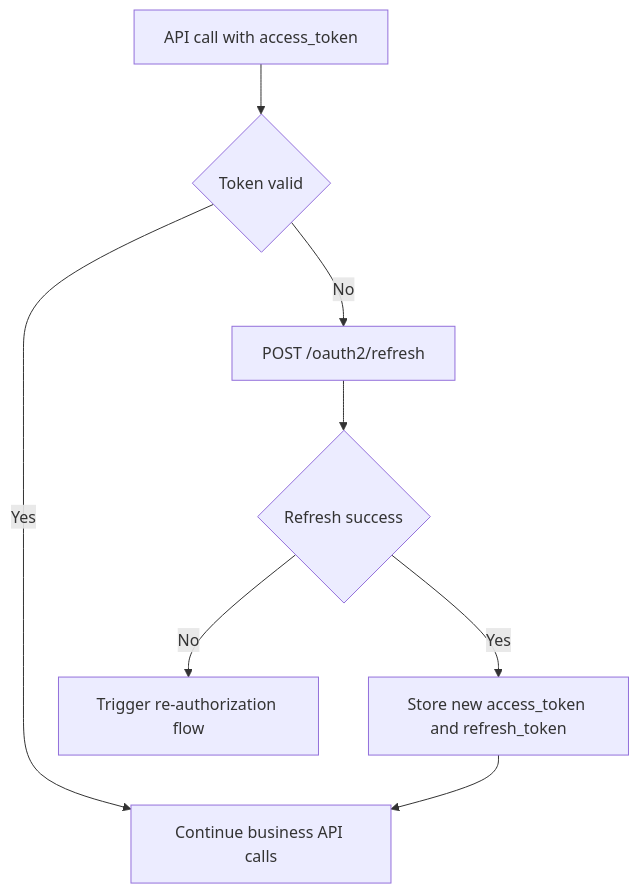
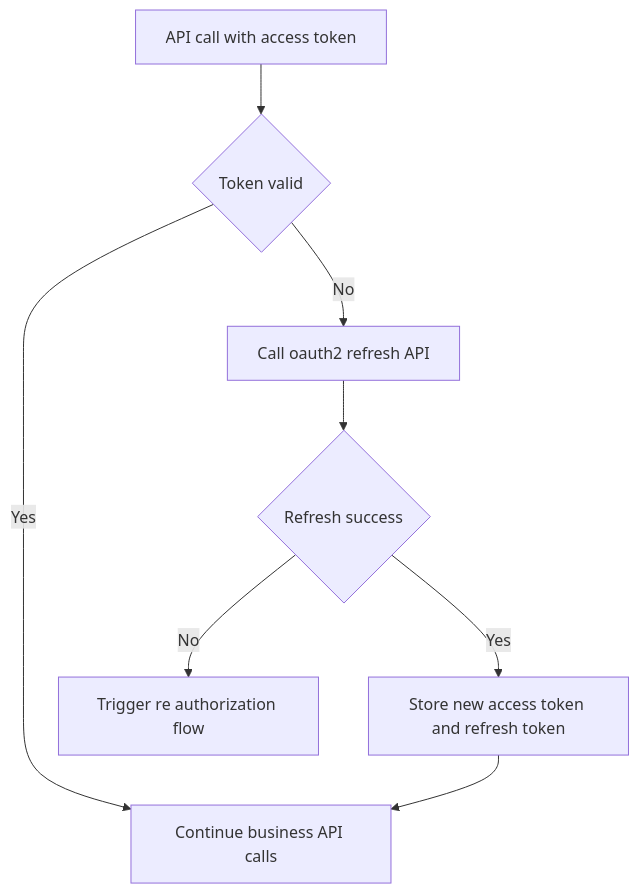
Before and after one commit to EugeneJian/growatt-unified-api: the diagram in Growatt API/OPENAPI/03_api_refresh.md, drawn with Mermaid. The commit also changed 12 other files, not shown here.

First line of the commit message:
[docs]已按你给的 Mermaid代码的终极准则 4.1 对仓库内 全部 Mermaid 做了加固。

````diff
--- a/Growatt API/OPENAPI/03_api_refresh.md
+++ b/Growatt API/OPENAPI/03_api_refresh.md
@@ -16,10 +16,11 @@
 ```mermaid
+%% 本代码严格遵循AI生成Mermaid代码的终极准则v4.1（Mermaid终极大师）
 flowchart TD
-    A[API call with access_token] --> B{Token valid}
-    B -->|Yes| C[Continue business API calls]
-    B -->|No| D[POST /oauth2/refresh]
-    D --> E{Refresh success}
-    E -->|Yes| F[Store new access_token and refresh_token]
+    A["API call with access token"] --> B{"Token valid"}
+    B -->|"Yes"| C["Continue business API calls"]
+    B -->|"No"| D["Call oauth2 refresh API"]
+    D --> E{"Refresh success"}
+    E -->|"Yes"| F["Store new access token and refresh token"]
     F --> C
-    E -->|No| G[Trigger re-authorization flow]
+    E -->|"No"| G["Trigger re authorization flow"]
 ```
````
